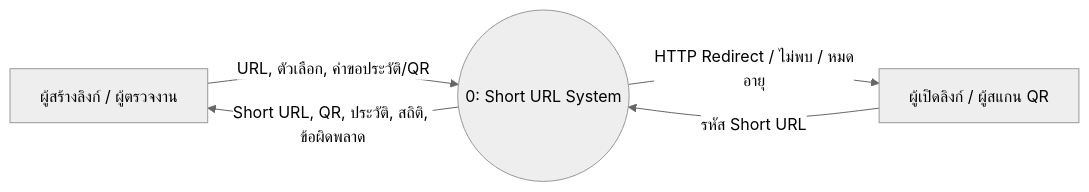
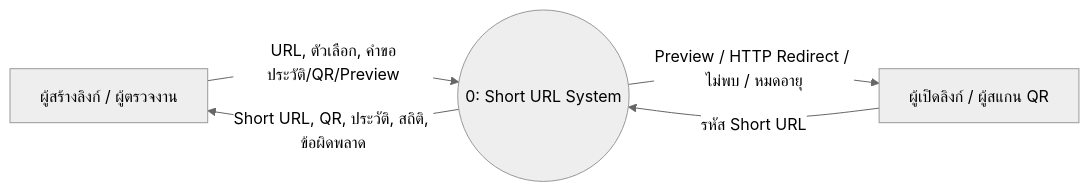
One commit to nicky-wrc/short-url-system changed the third of 6 diagrams in docs/DIAGRAMS.md. Above: the diagram before and after it, drawn with Mermaid (neutral theme). The commit also changed other lines of this file and 29 other files, not shown here.

````diff
--- a/docs/DIAGRAMS.md
+++ b/docs/DIAGRAMS.md
@@ -38,7 +79,7 @@
 ```mermaid
 flowchart LR
-    Creator["ผู้สร้างลิงก์ / ผู้ตรวจงาน"] -->|"URL, ตัวเลือก, คำขอประวัติ/QR"| System(("0: Short URL System"))
+    Creator["ผู้สร้างลิงก์ / ผู้ตรวจงาน"] -->|"URL, ตัวเลือก, คำขอประวัติ/QR/Preview"| System(("0: Short URL System"))
     System -->|"Short URL, QR, ประวัติ, สถิติ, ข้อผิดพลาด"| Creator
     Visitor["ผู้เปิดลิงก์ / ผู้สแกน QR"] -->|"รหัส Short URL"| System
-    System -->|"HTTP Redirect / ไม่พบ / หมดอายุ"| Visitor
+    System -->|"Preview / HTTP Redirect / ไม่พบ / หมดอายุ"| Visitor
 ```
````
